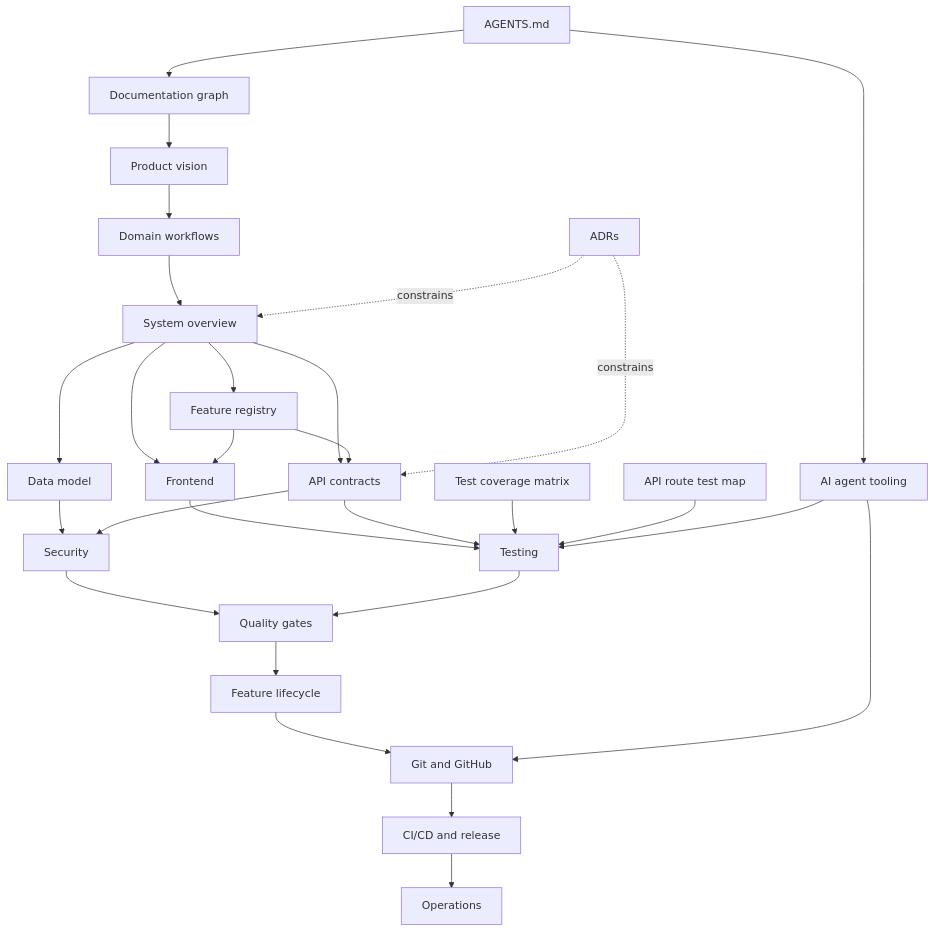
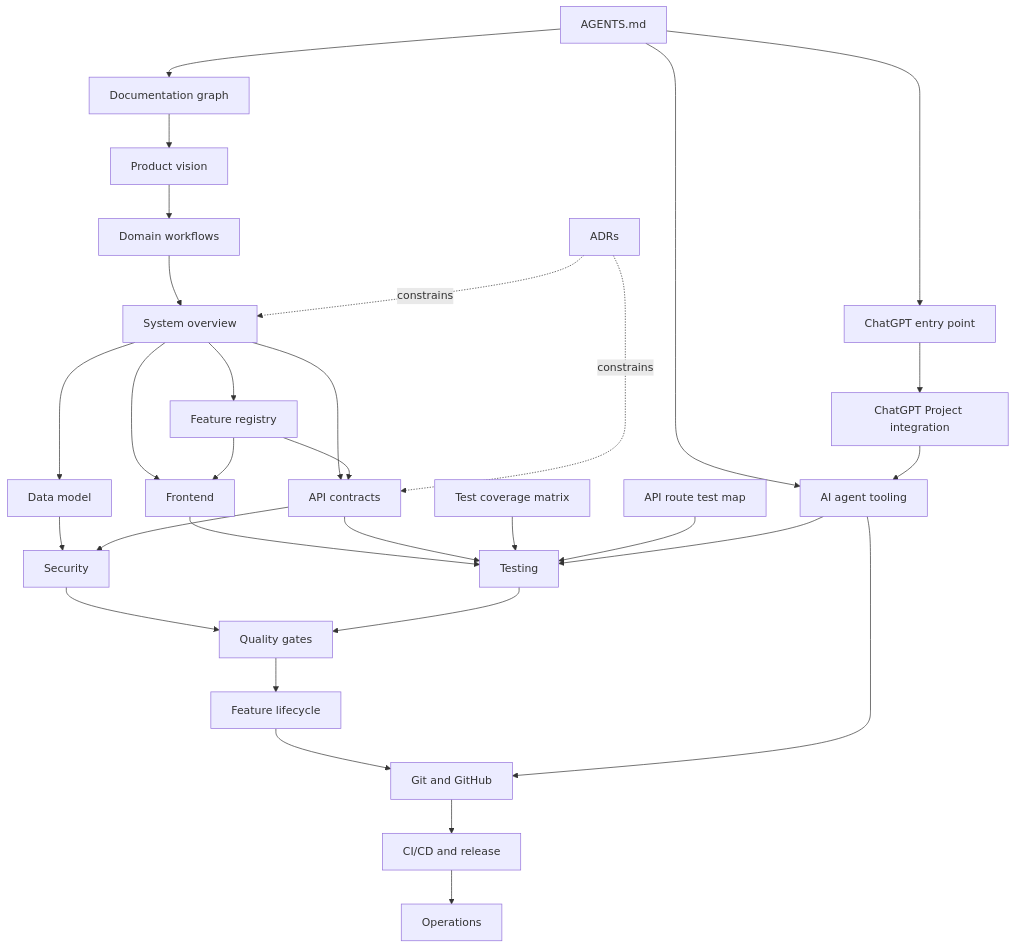
Before and after one commit to AminBrave/rad-art-marketplace: the diagram in docs/knowledge-graph.md, drawn with Mermaid. The commit also changed other lines of this file, not shown here.

Commit message:
Link ChatGPT integration in documentation graph

```diff
--- a/docs/knowledge-graph.md
+++ b/docs/knowledge-graph.md
@@ -5,30 +5,33 @@
 ~~~mermaid
 flowchart TD
  A[AGENTS.md] --> K[Documentation graph]
  A --> AT[AI agent tooling]
+ A --> CHAT[ChatGPT entry point]
+ CHAT --> CPI[ChatGPT Project integration]
+ CPI --> AT
  K --> P[Product vision]
  P --> D[Domain workflows]
  D --> S[System overview]
  S --> M[Data model]
  S --> F[Frontend]
  S --> API[API contracts]
  S --> FR[Feature registry]
  FR --> F
  FR --> API
  M --> SEC[Security]
  API --> SEC
  F --> T[Testing]
  API --> T
  SEC --> Q[Quality gates]
  T --> Q
  Q --> L[Feature lifecycle]
  L --> G[Git and GitHub]
  G --> C[CI/CD and release]
  C --> O[Operations]
  ADR[ADRs] -. constrains .-> S
  ADR -. constrains .-> API
  CM[Test coverage matrix] --> T
  RM[API route test map] --> T
  AT --> G
  AT --> T
 ~~~
```
